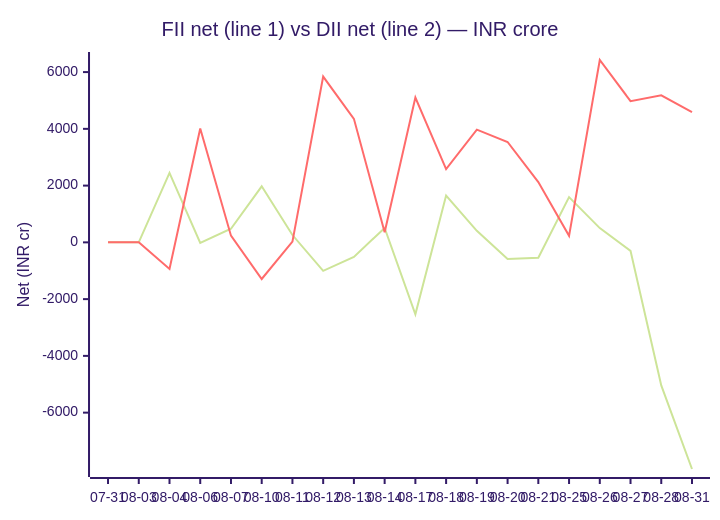
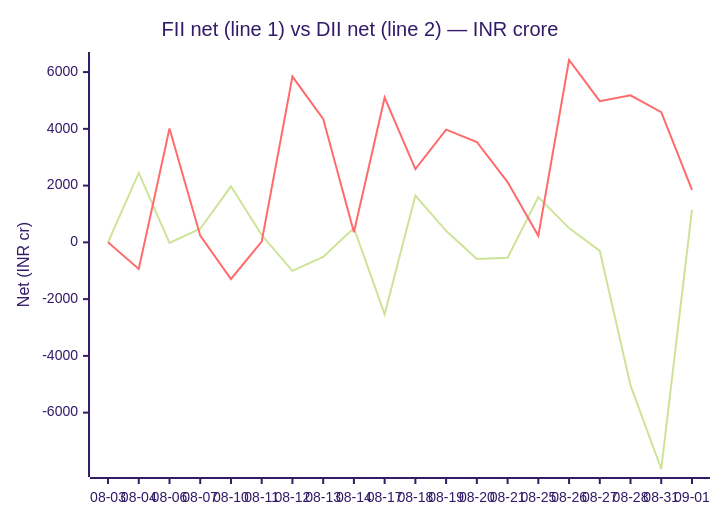
One commit to chirag127/fii-dii-activity-api changed the second of 2 diagrams in README.md. Above: the diagram before and after it, drawn with Mermaid (forest theme). The commit also changed 2 other files, not shown here.

Commit message:
data: scrape 2026-09-02

````diff
--- a/README.md
+++ b/README.md
@@ -53,8 +53,8 @@
 ```mermaid
 xychart-beta
     title "FII net (line 1) vs DII net (line 2) — INR crore"
-    x-axis ["07-31", "08-03", "08-04", "08-06", "08-07", "08-10", "08-11", "08-12", "08-13", "08-14", "08-17", "08-18", "08-19", "08-20", "08-21", "08-25", "08-26", "08-27", "08-28", "08-31"]
+    x-axis ["08-03", "08-04", "08-06", "08-07", "08-10", "08-11", "08-12", "08-13", "08-14", "08-17", "08-18", "08-19", "08-20", "08-21", "08-25", "08-26", "08-27", "08-28", "08-31", "09-01"]
     y-axis "Net (INR cr)" -7986 --> 6426
-    line [0, 0, 2446.47, -17.86, 480.24, 1974.76, 258.55, -1002.5, -510.69, 508.12, -2535.1, 1651.53, 407.99, -583.36, -542.71, 1593.53, 502.63, -298.26, -5039.8, -7985.88]
-    line [0, 0, -936.14, 4013.6, 235.56, -1290.29, 24.77, 5841.66, 4353.09, 356.4, 5101.46, 2579.31, 3973.72, 3537.71, 2124.14, 230.26, 6425.16, 4977.17, 5183.93, 4588.88]
+    line [0, 2446.47, -17.86, 480.24, 1974.76, 258.55, -1002.5, -510.69, 508.12, -2535.1, 1651.53, 407.99, -583.36, -542.71, 1593.53, 502.63, -298.26, -5039.8, -7985.88, 1143.38]
+    line [0, -936.14, 4013.6, 235.56, -1290.29, 24.77, 5841.66, 4353.09, 356.4, 5101.46, 2579.31, 3973.72, 3537.71, 2124.14, 230.26, 6425.16, 4977.17, 5183.93, 4588.88, 1846.94]
 ```
````
